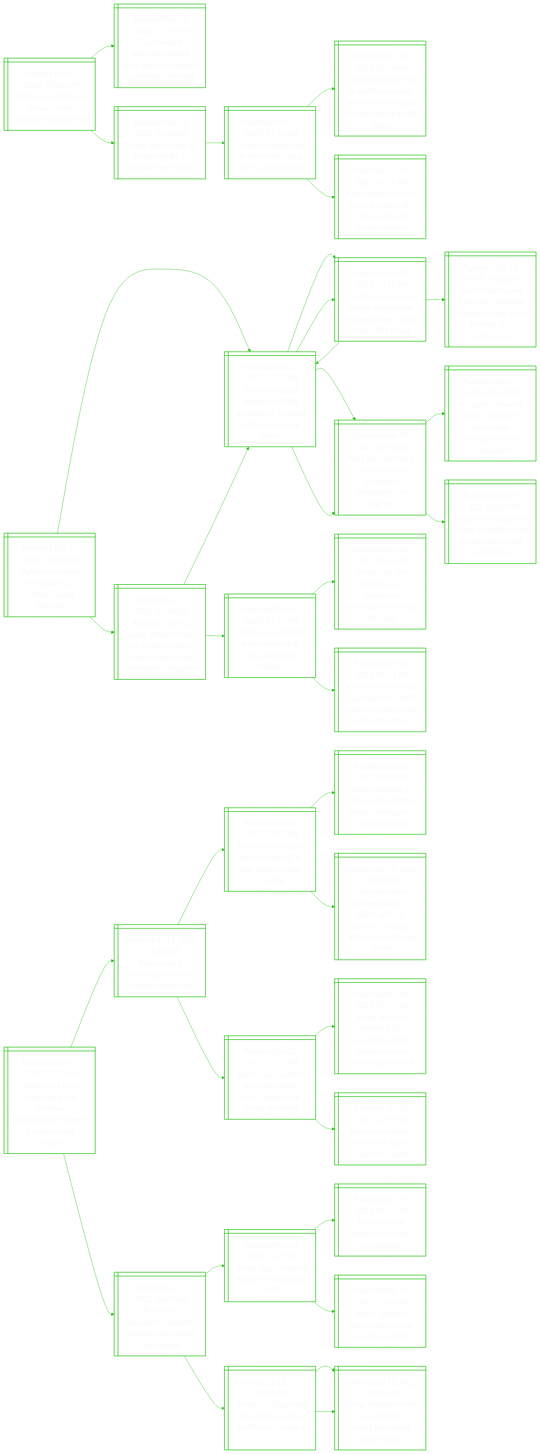
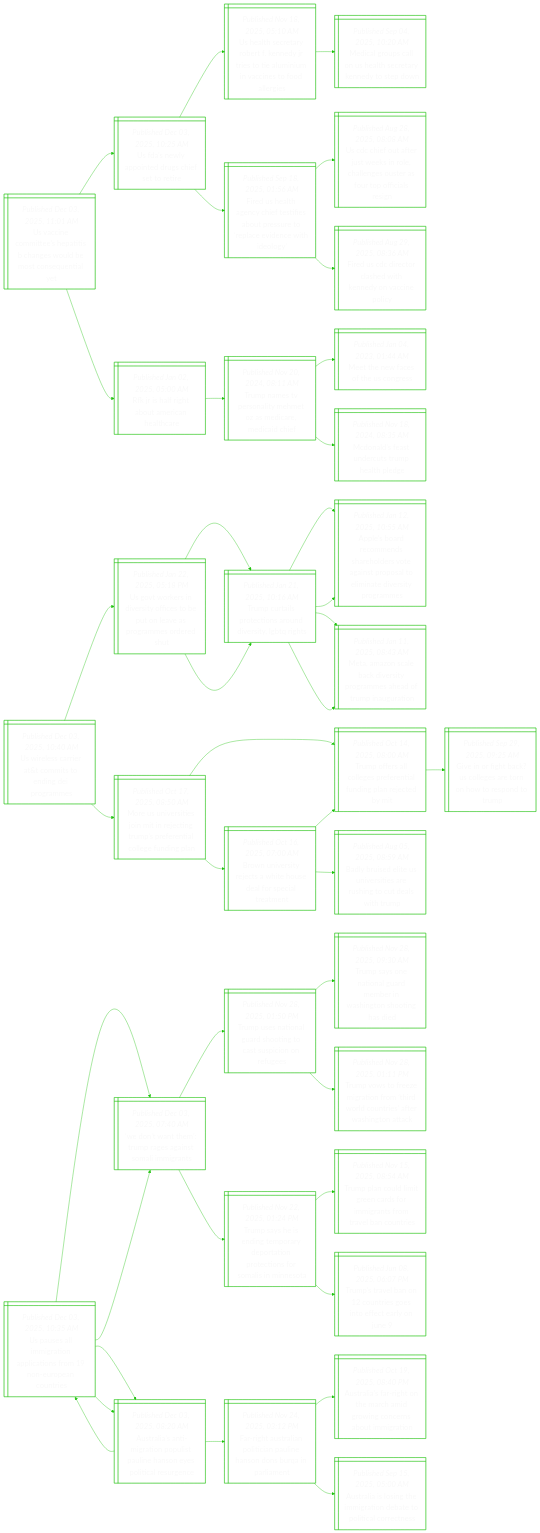
Before and after one commit to notJmes/notJmes: the diagram in README.md, drawn with Mermaid. The commit also changed other lines of this file, not shown here.

````diff
--- a/README.md
+++ b/README.md
@@ -16,115 +16,127 @@
 flowchart LR
 classDef txtsize font-size:20px;
 
-Blarisetinl@{ shape: win-pane, label: "_Published Dec 03, 2025, 07:45 AM_
-Brazil’s lula and trump discuss trade, sanctions in phone call" }
-EstobdTlrsrgb@{ shape: win-pane, label: "_Published Nov 26, 2025, 12:29 PM_
-Ex-president bolsonaro behind bars: the fall of brazil’s polarising firebrand" }
-Tsotoroznce@{ shape: win-pane, label: "_Published Nov 21, 2025, 08:58 AM_
-Trump signs order to remove tariffs on brazilian beef, coffee" }
-Uasitnrasna@{ shape: win-pane, label: "_Published Oct 29, 2025, 07:50 AM_
-Us senate passes bill to terminate trump tariffs against brazil" }
-TsitfaaOiaddnli@{ shape: win-pane, label: "_Published Oct 26, 2025, 05:04 AM_
-Trump sets 10% hike in tariffs on canada after ontario’s reagan ad aired during world series" }
-Thtteaaldhas@{ shape: win-pane, label: "_Published Oct 29, 2025, 06:50 AM_
-Trump heads to south korea to face trade talks and north korean missiles" }
+Ucotethsdssny@{ shape: win-pane, label: "_Published Dec 03, 2025, 11:01 AM_
+Us vaccine committee’s hepatitis b changes would be most consequential yet" }
+Usyidcsre@{ shape: win-pane, label: "_Published Dec 03, 2025, 10:25 AM_
+Us fda’s newly appointed drugs chief set to retire" }
+Ulcreeyituuaeole@{ shape: win-pane, label: "_Published Nov 18, 2025, 05:10 AM_
+Us health secretary robert f. kennedy jr tries to tie aluminium in vaccines to food allergies" }
+MaulStryeso@{ shape: win-pane, label: "_Published Sep 04, 2025, 10:20 AM_
+Medical groups call on us health secretary kennedy to step down" }
+FUleheioeepento@{ shape: win-pane, label: "_Published Sep 18, 2025, 01:56 AM_
+Fired us health agency chief testifies about pressure to ‘replace evidence with ideology’" }
+Ucotskoagsstfli@{ shape: win-pane, label: "_Published Aug 28, 2025, 08:08 AM_
+Us cdc chief out after just weeks in role, challenges ouster as four top officials resign" }
+FUdtaweycpy@{ shape: win-pane, label: "_Published Aug 29, 2025, 08:36 AM_
+Fired us cdc director clashed with kennedy on vaccine policy" }
+Rifttiec@{ shape: win-pane, label: "_Published Jan 02, 2025, 05:00 AM_
+Rfk jr is half right about american healthcare" }
+TnTsihzdech@{ shape: win-pane, label: "_Published Nov 20, 2024, 08:11 AM_
+Trump names tv personality mehmet oz as medicare, medicaid chief" }
+MhfoUg@{ shape: win-pane, label: "_Published Jan 04, 2023, 01:44 AM_
+Meet the new faces of the us congress" }
+Maenuual@{ shape: win-pane, label: "_Published Nov 18, 2024, 08:35 AM_
+Mcdonald’s feast undercuts trump health pledge" }
 
-Blarisetinl:::txtsize --> EstobdTlrsrgb:::txtsize
-Blarisetinl:::txtsize --> Tsotoroznce:::txtsize
-Tsotoroznce:::txtsize --> Uasitnrasna:::txtsize
-Uasitnrasna:::txtsize --> TsitfaaOiaddnli:::txtsize
-Uasitnrasna:::txtsize --> Thtteaaldhas:::txtsize
+Ucotethsdssny:::txtsize --> Usyidcsre:::txtsize
+Usyidcsre:::txtsize --> Ulcreeyituuaeole:::txtsize
+Ulcreeyituuaeole:::txtsize --> MaulStryeso:::txtsize
+Usyidcsre:::txtsize --> FUleheioeepento:::txtsize
+FUleheioeepento:::txtsize --> Ucotskoagsstfli:::txtsize
+FUleheioeepento:::txtsize --> FUdtaweycpy:::txtsize
+Ucotethsdssny:::txtsize --> Rifttiec:::txtsize
+Rifttiec:::txtsize --> TnTsihzdech:::txtsize
+TnTsihzdech:::txtsize --> MhfoUg:::txtsize
+TnTsihzdech:::txtsize --> Maenuual:::txtsize
 
-Anlnintldt@{ shape: win-pane, label: "_Published Dec 03, 2025, 07:30 AM_
-Afghan man pleads not guilty in us national guard shooting" }
-Nnalsiydttteiu@{ shape: win-pane, label: "_Published Nov 27, 2025, 04:33 AM_
-2 national guard soldiers critically wounded in ‘targeted’ attack near white house" }
-Upcnhmteteaats@{ shape: win-pane, label: "_Published Nov 27, 2025, 10:58 AM_
-Us stops processing afghan immigration requests after attack near white house" }
-Nnalsiydttteiu@{ shape: win-pane, label: "_Published Nov 27, 2025, 04:33 AM_
-2 national guard soldiers critically wounded in ‘targeted’ attack near white house" }
-Pfrygkiuregncr@{ shape: win-pane, label: "_Published Oct 18, 2025, 11:35 AM_
-‘pried fingers away from gun’: wikipedia volunteers take down gunman at us conference" }
-Pespnaemipuit@{ shape: win-pane, label: "_Published Nov 19, 2025, 04:38 AM_
-Pope leo says trump administration ‘extremely disrespectful’ to migrants" }
-Ipnsohehrmirgs@{ shape: win-pane, label: "_Published Nov 17, 2025, 04:50 PM_
-In pulpits and pews, catholic churches in the us urge compassion for immigrants" }
-PeieubnUhslit@{ shape: win-pane, label: "_Published Nov 07, 2025, 06:25 PM_
-Pope leo’s critique of trump emboldens top us catholics to help immigrants" }
-AeiGakcmrgmtairgo@{ shape: win-pane, label: "_Published Nov 29, 2025, 09:44 AM_
-Accused national guard attacker faces us murder charge; trump wants to halt ‘third world’ migration" }
-Nnalsiydttteiu@{ shape: win-pane, label: "_Published Nov 27, 2025, 04:33 AM_
-2 national guard soldiers critically wounded in ‘targeted’ attack near white house" }
-Upcnhmteteaats@{ shape: win-pane, label: "_Published Nov 27, 2025, 10:58 AM_
-Us stops processing afghan immigration requests after attack near white house" }
-Pespnaemipuit@{ shape: win-pane, label: "_Published Nov 19, 2025, 04:38 AM_
-Pope leo says trump administration ‘extremely disrespectful’ to migrants" }
+UecectnDom@{ shape: win-pane, label: "_Published Dec 03, 2025, 10:40 AM_
+Us wireless carrier at&t commits to ending dei programmes" }
+Utedsfsplageeh@{ shape: win-pane, label: "_Published Jan 22, 2025, 05:18 PM_
+Us govt workers in diversity offices to be put on leave as programmes ordered shut" }
+TcioirdsGi@{ shape: win-pane, label: "_Published Jan 21, 2025, 10:16 AM_
+Trump curtails protections around diversity, lgbtq rights" }
+Asdmseetiralavtge@{ shape: win-pane, label: "_Published Jan 12, 2025, 10:55 AM_
+Apple’s board recommends shareholders vote against proposal to eliminate diversity programmes" }
+MmsbiiomeTiuo@{ shape: win-pane, label: "_Published Jan 11, 2025, 08:43 AM_
+Meta, amazon scale back diversity programmes ahead of trump inauguration" }
+TcioirdsGi@{ shape: win-pane, label: "_Published Jan 21, 2025, 10:16 AM_
+Trump curtails protections around diversity, lgbtq rights" }
+Asdmseetiralavtge@{ shape: win-pane, label: "_Published Jan 12, 2025, 10:55 AM_
+Apple’s board recommends shareholders vote against proposal to eliminate diversity programmes" }
+MmsbiiomeTiuo@{ shape: win-pane, label: "_Published Jan 11, 2025, 08:43 AM_
+Meta, amazon scale back diversity programmes ahead of trump inauguration" }
+MSeiiiegpftoeia@{ shape: win-pane, label: "_Published Oct 17, 2025, 08:50 AM_
+More us universities join mit in rejecting trump’s preferential college funding plan" }
+TosoeftugrtM@{ shape: win-pane, label: "_Published Oct 14, 2025, 08:00 AM_
+Trump offers all colleges preferential funding plan rejected by mit" }
+GngcoetnooT@{ shape: win-pane, label: "_Published Sep 29, 2025, 09:25 AM_
+Give in or fight back? us colleges are torn on how to respond to trump" }
+BUrrtiuasaat@{ shape: win-pane, label: "_Published Oct 16, 2025, 07:00 AM_
+Brown university rejects a white house deal for special treatment" }
+TosoeftugrtM@{ shape: win-pane, label: "_Published Oct 14, 2025, 08:00 AM_
+Trump offers all colleges preferential funding plan rejected by mit" }
+BbetnssugtsT@{ shape: win-pane, label: "_Published Aug 05, 2025, 08:59 AM_
+Badly bruised elite us universities are rushing to cut deals with trump" }
+
+UecectnDom:::txtsize --> Utedsfsplageeh:::txtsize
+Utedsfsplageeh:::txtsize --> TcioirdsGi:::txtsize
+TcioirdsGi:::txtsize --> Asdmseetiralavtge:::txtsize
+TcioirdsGi:::txtsize --> MmsbiiomeTiuo:::txtsize
+Utedsfsplageeh:::txtsize --> TcioirdsGi:::txtsize
+TcioirdsGi:::txtsize --> Asdmseetiralavtge:::txtsize
+TcioirdsGi:::txtsize --> MmsbiiomeTiuo:::txtsize
+UecectnDom:::txtsize --> MSeiiiegpftoeia:::txtsize
+MSeiiiegpftoeia:::txtsize --> TosoeftugrtM:::txtsize
+TosoeftugrtM:::txtsize --> GngcoetnooT:::txtsize
+MSeiiiegpftoeia:::txtsize --> BUrrtiuasaat:::txtsize
+BUrrtiuasaat:::txtsize --> TosoeftugrtM:::txtsize
+BUrrtiuasaat:::txtsize --> BbetnssugtsT:::txtsize
+
+Uslgolirnpoi@{ shape: win-pane, label: "_Published Dec 03, 2025, 10:35 AM_
+Us pauses all immigration applications from 19 non-european countries" }
+Wttragtlit@{ shape: win-pane, label: "_Published Dec 03, 2025, 07:40 AM_
+‘we don’t want them’: trump rages against somali immigrants" }
 Tuaarottiou@{ shape: win-pane, label: "_Published Nov 28, 2025, 01:50 PM_
 Trump uses national guard shooting to cast suspicion on refugees" }
 TsniGmrstogi@{ shape: win-pane, label: "_Published Nov 28, 2025, 09:30 AM_
 Trump says one national guard member in washington shooting has died" }
 TvozrnTWcrfagt@{ shape: win-pane, label: "_Published Nov 28, 2025, 01:11 PM_
 Trump vows to freeze migration from ‘third world countries’ after washington attack" }
+Tsedeaptrtfmina@{ shape: win-pane, label: "_Published Nov 22, 2025, 01:24 PM_
+Trump says he is ending temporary deportation protections for somalis in minnesota" }
+Tpoiraoitmecr@{ shape: win-pane, label: "_Published Nov 15, 2025, 08:54 AM_
+Trump plan could limit green cards for immigrants from travel ban countries" }
+Tseonsifeoe@{ shape: win-pane, label: "_Published Jun 08, 2025, 06:07 PM_
+Trump’s travel ban on 12 countries goes into effect early on june 9" }
+Aaaiiptinylauc@{ shape: win-pane, label: "_Published Dec 03, 2025, 08:20 AM_
+Australia’s anti-migration populist pauline hanson eyes political resurgence" }
+Uslgolirnpoi@{ shape: win-pane, label: "_Published Dec 03, 2025, 10:35 AM_
+Us pauses all immigration applications from 19 non-european countries" }
+Wttragtlit@{ shape: win-pane, label: "_Published Dec 03, 2025, 07:40 AM_
+‘we don’t want them’: trump rages against somali immigrants" }
+Aaaiiptinylauc@{ shape: win-pane, label: "_Published Dec 03, 2025, 08:20 AM_
+Australia’s anti-migration populist pauline hanson eyes political resurgence" }
+FgsiliuHnbiln@{ shape: win-pane, label: "_Published Nov 24, 2025, 03:12 PM_
+Far-right australian politician pauline hanson dons burqa in parliament" }
+Aafgtriwonuii@{ shape: win-pane, label: "_Published Oct 19, 2025, 08:40 PM_
+Australia’s far-right on the march amid growing concerns about immigration" }
+Aasnirntocrn@{ shape: win-pane, label: "_Published Sep 15, 2025, 05:00 AM_
+Australia is losing the immigration debate to political correctness" }
 
-Anlnintldt:::txtsize --> Nnalsiydttteiu:::txtsize
-Nnalsiydttteiu:::txtsize --> Upcnhmteteaats:::txtsize
-Upcnhmteteaats:::txtsize --> Nnalsiydttteiu:::txtsize
-Upcnhmteteaats:::txtsize --> Pfrygkiuregncr:::txtsize
-Nnalsiydttteiu:::txtsize --> Pespnaemipuit:::txtsize
-Pespnaemipuit:::txtsize --> Ipnsohehrmirgs:::txtsize
-Pespnaemipuit:::txtsize --> PeieubnUhslit:::txtsize
-Anlnintldt:::txtsize --> AeiGakcmrgmtairgo:::txtsize
-AeiGakcmrgmtairgo:::txtsize --> Nnalsiydttteiu:::txtsize
-Nnalsiydttteiu:::txtsize --> Upcnhmteteaats:::txtsize
-Nnalsiydttteiu:::txtsize --> Pespnaemipuit:::txtsize
-AeiGakcmrgmtairgo:::txtsize --> Tuaarottiou:::txtsize
+Uslgolirnpoi:::txtsize --> Wttragtlit:::txtsize
+Wttragtlit:::txtsize --> Tuaarottiou:::txtsize
 Tuaarottiou:::txtsize --> TsniGmrstogi:::txtsize
 Tuaarottiou:::txtsize --> TvozrnTWcrfagt:::txtsize
-
-Tsertndoaseisun@{ shape: win-pane, label: "_Published Dec 03, 2025, 07:20 AM_
-Trump says he is terminating any pardons, commutations signed by biden using autopen" }
-Wuakivtst@{ shape: win-pane, label: "_Published Jul 15, 2025, 10:40 AM_
-Why trump is attacking biden over autopen signatures" }
-Tositscidedn@{ shape: win-pane, label: "_Published Jun 05, 2025, 08:52 AM_
-Trump orders inquiry into ‘conspiracy’ to hide biden’s health decline" }
-BsleUsteenspc@{ shape: win-pane, label: "_Published Jun 28, 2024, 09:21 AM_
-Biden stumbles in early us presidential debate exchanges as trump pounces" }
-IbhahrnrccidraHs@{ shape: win-pane, label: "_Published Jul 22, 2024, 01:59 AM_
-‘it has been the greatest honour’: biden ends re-election campaign and endorses kamala harris" }
-Bisopcluerutt@{ shape: win-pane, label: "_Published Jan 20, 2025, 09:31 PM_
-Biden issues pardons to protect milley, fauci, cheney from trump retaliation" }
-TsbchioUdetne@{ shape: win-pane, label: "_Published Nov 06, 2024, 07:37 AM_
-Trump set to be elected 47th president of the united states in stunning comeback" }
-Hpdwtmyrr@{ shape: win-pane, label: "_Published Jan 20, 2025, 10:37 AM_
-How us presidents wield their mighty power to pardon" }
-Tsongypddrt@{ shape: win-pane, label: "_Published Nov 29, 2025, 06:07 AM_
-Trump says documents signed by autopen under biden ‘terminated’" }
-Traoasega@{ shape: win-pane, label: "_Published Nov 26, 2025, 11:27 PM_
-Trump rages at report that he is increasingly frail" }
-Tseraenn@{ shape: win-pane, label: "_Published Oct 27, 2025, 05:25 PM_
-Trump says he underwent an mri examination" }
-Ptbusuert@{ shape: win-pane, label: "_Published Nov 19, 2025, 10:05 AM_
-‘piggy’, ‘terrible’: trump lashes out at female reporters" }
-Twaehnnnict@{ shape: win-pane, label: "_Published Jul 18, 2025, 07:00 AM_
-Trump was diagnosed with chronic venous insufficiency. what is it?" }
-Tdoiidniglho@{ shape: win-pane, label: "_Published Jul 18, 2025, 02:46 AM_
-Trump diagnosed with vein condition causing leg swelling: white house" }
-Tdoiidniglho@{ shape: win-pane, label: "_Published Jul 18, 2025, 02:46 AM_
-Trump diagnosed with vein condition causing leg swelling: white house" }
-
-Tsertndoaseisun:::txtsize --> Wuakivtst:::txtsize
-Wuakivtst:::txtsize --> Tositscidedn:::txtsize
-Tositscidedn:::txtsize --> BsleUsteenspc:::txtsize
-Tositscidedn:::txtsize --> IbhahrnrccidraHs:::txtsize
-Wuakivtst:::txtsize --> Bisopcluerutt:::txtsize
-Bisopcluerutt:::txtsize --> TsbchioUdetne:::txtsize
-Bisopcluerutt:::txtsize --> Hpdwtmyrr:::txtsize
-Tsertndoaseisun:::txtsize --> Tsongypddrt:::txtsize
-Tsongypddrt:::txtsize --> Traoasega:::txtsize
-Traoasega:::txtsize --> Tseraenn:::txtsize
-Traoasega:::txtsize --> Ptbusuert:::txtsize
-Tsongypddrt:::txtsize --> Twaehnnnict:::txtsize
-Twaehnnnict:::txtsize --> Tdoiidniglho:::txtsize
-Twaehnnnict:::txtsize --> Tdoiidniglho:::txtsize
+Wttragtlit:::txtsize --> Tsedeaptrtfmina:::txtsize
+Tsedeaptrtfmina:::txtsize --> Tpoiraoitmecr:::txtsize
+Tsedeaptrtfmina:::txtsize --> Tseonsifeoe:::txtsize
+Uslgolirnpoi:::txtsize --> Aaaiiptinylauc:::txtsize
+Aaaiiptinylauc:::txtsize --> Uslgolirnpoi:::txtsize
+Uslgolirnpoi:::txtsize --> Wttragtlit:::txtsize
+Uslgolirnpoi:::txtsize --> Aaaiiptinylauc:::txtsize
+Aaaiiptinylauc:::txtsize --> FgsiliuHnbiln:::txtsize
+FgsiliuHnbiln:::txtsize --> Aafgtriwonuii:::txtsize
+FgsiliuHnbiln:::txtsize --> Aasnirntocrn:::txtsize
 
 ```
````
